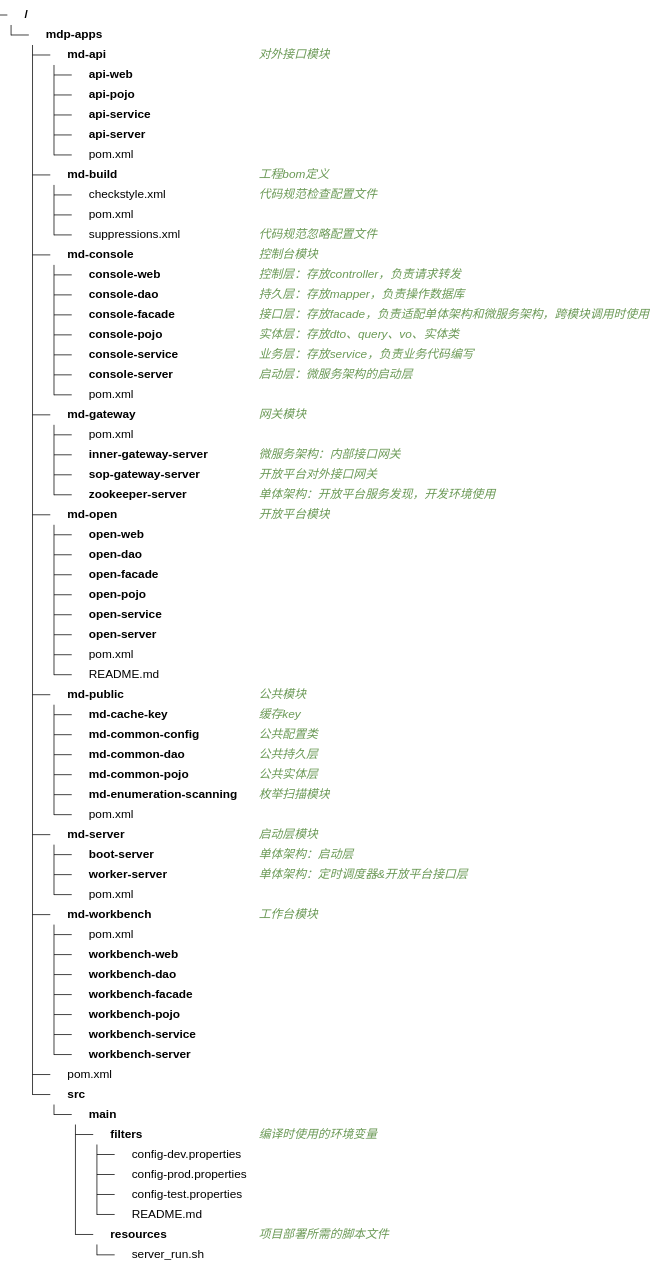
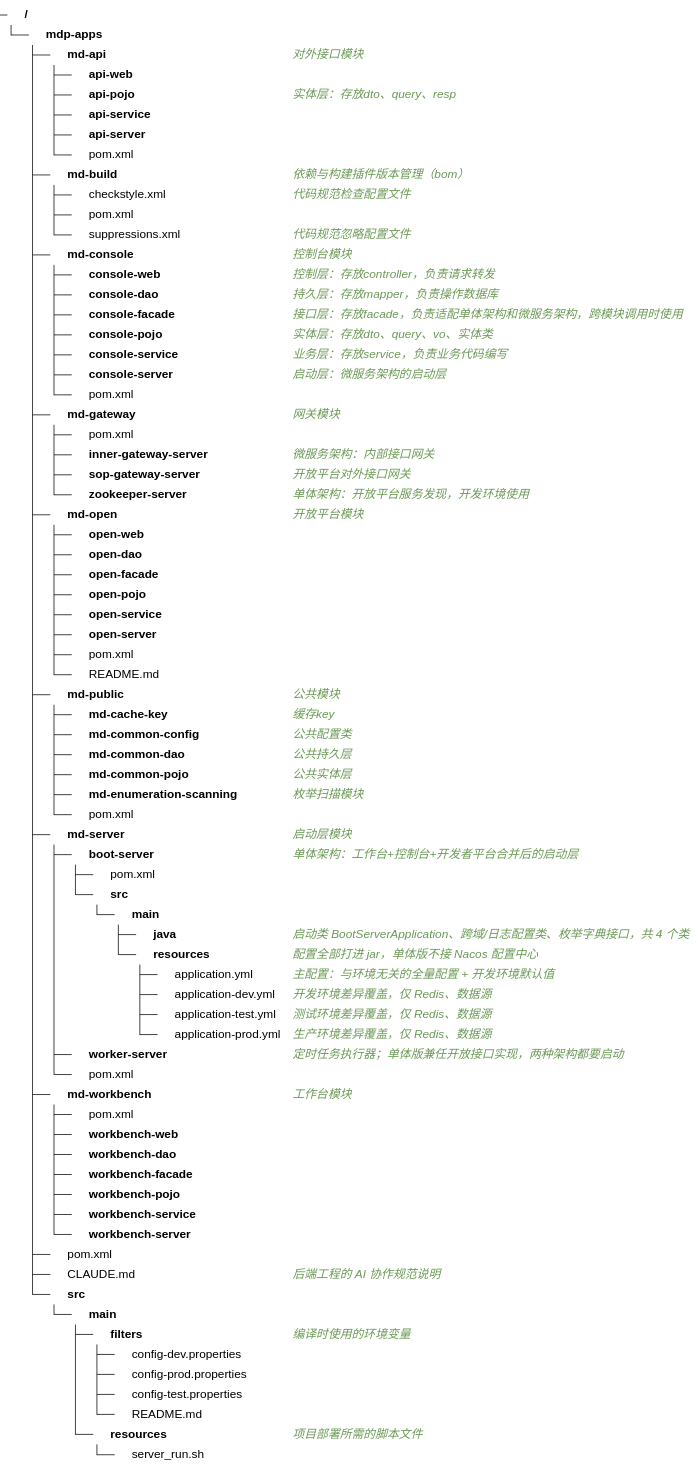
The diagram in src/doc/简介.md (henhen6/mdp-docs), drawn with Mermaid before and after one commit.

Commit message:
docs(structure): 更新项目结构说明文档
- 添加对 api-pojo 模块的实体层说明，指出存放 dto、query、resp
- 修改 md-build 说明为依赖与构建插件版本管理（bom）
- 扩展 md-server 下 boot-server 模块文件结构说明，增加各配置文件和资源说明
- 补充 worker-server 作为定时任务执行器和开放接口实现的说明
- 在 workbench-server 模块内添加 CLAUDE.md，说明后端工程的 AI 协作规范

```diff
--- a/src/doc/简介.md
+++ b/src/doc/简介.md
@@ -122,11 +122,11 @@
 "mdp-apps/"
   "md-api/" ## 对外接口模块
     "api-web/"
-    "api-pojo/"
+    "api-pojo/" ## 实体层：存放dto、query、resp
     "api-service/"
     "api-server/"
     "pom.xml"
-  "md-build/" ## 工程bom定义
+  "md-build/" ## 依赖与构建插件版本管理（bom）
     "checkstyle.xml" ## 代码规范检查配置文件
     "pom.xml"
     "suppressions.xml" ## 代码规范忽略配置文件
@@ -160,8 +160,17 @@
     "md-enumeration-scanning/" ## 枚举扫描模块
     "pom.xml"
   "md-server/" ## 启动层模块
-    "boot-server/" ## 单体架构：启动层
-    "worker-server/" ## 单体架构：定时调度器&开放平台接口层
+    "boot-server/" ## 单体架构：工作台+控制台+开发者平台合并后的启动层
+      "pom.xml"
+      "src/"
+        "main/"
+          "java/" ## 启动类 BootServerApplication、跨域/日志配置类、枚举字典接口，共 4 个类
+          "resources/" ## 配置全部打进 jar，单体版不接 Nacos 配置中心
+            "application.yml" ## 主配置：与环境无关的全量配置 + 开发环境默认值
+            "application-dev.yml" ## 开发环境差异覆盖，仅 Redis、数据源
+            "application-test.yml" ## 测试环境差异覆盖，仅 Redis、数据源
+            "application-prod.yml" ## 生产环境差异覆盖，仅 Redis、数据源
+    "worker-server/" ## 定时任务执行器；单体版兼任开放接口实现，两种架构都要启动
     "pom.xml"
   "md-workbench/" ## 工作台模块
     "pom.xml"
@@ -172,6 +181,7 @@
     "workbench-service/"
     "workbench-server/"
   "pom.xml"
+  "CLAUDE.md" ## 后端工程的 AI 协作规范说明
   "src/"
     "main/"
       "filters/" ## 编译时使用的环境变量
```
